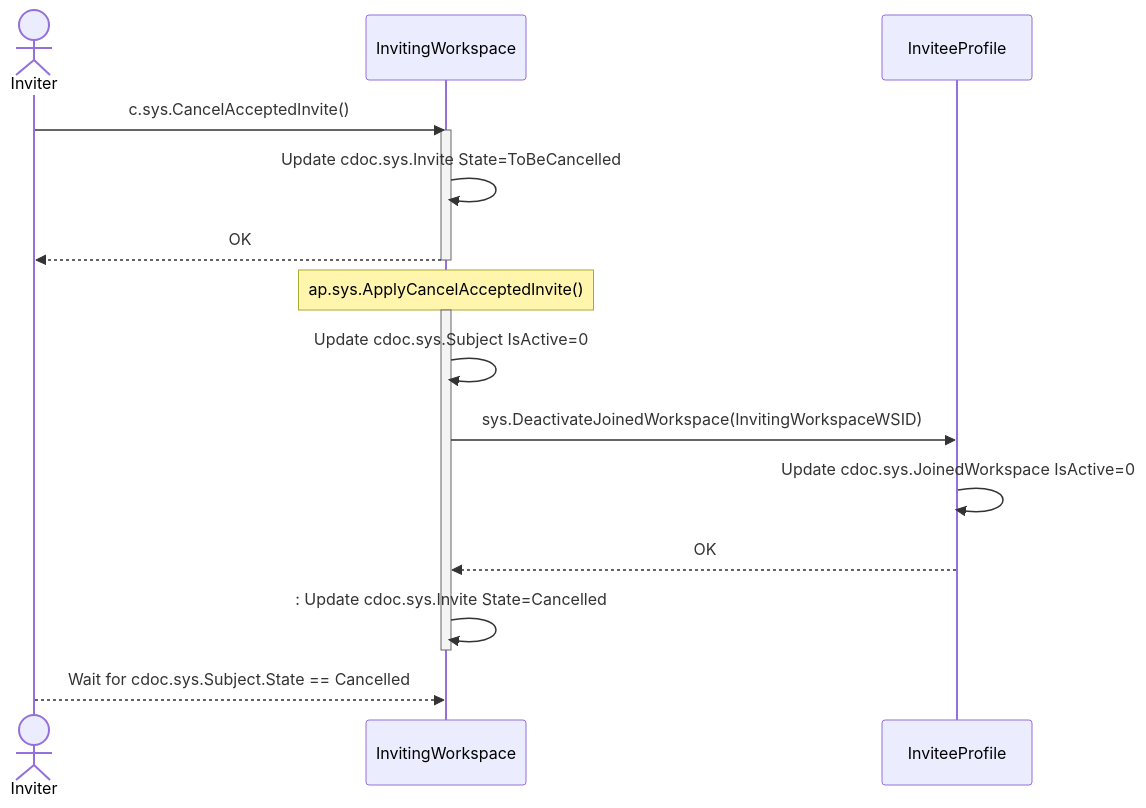
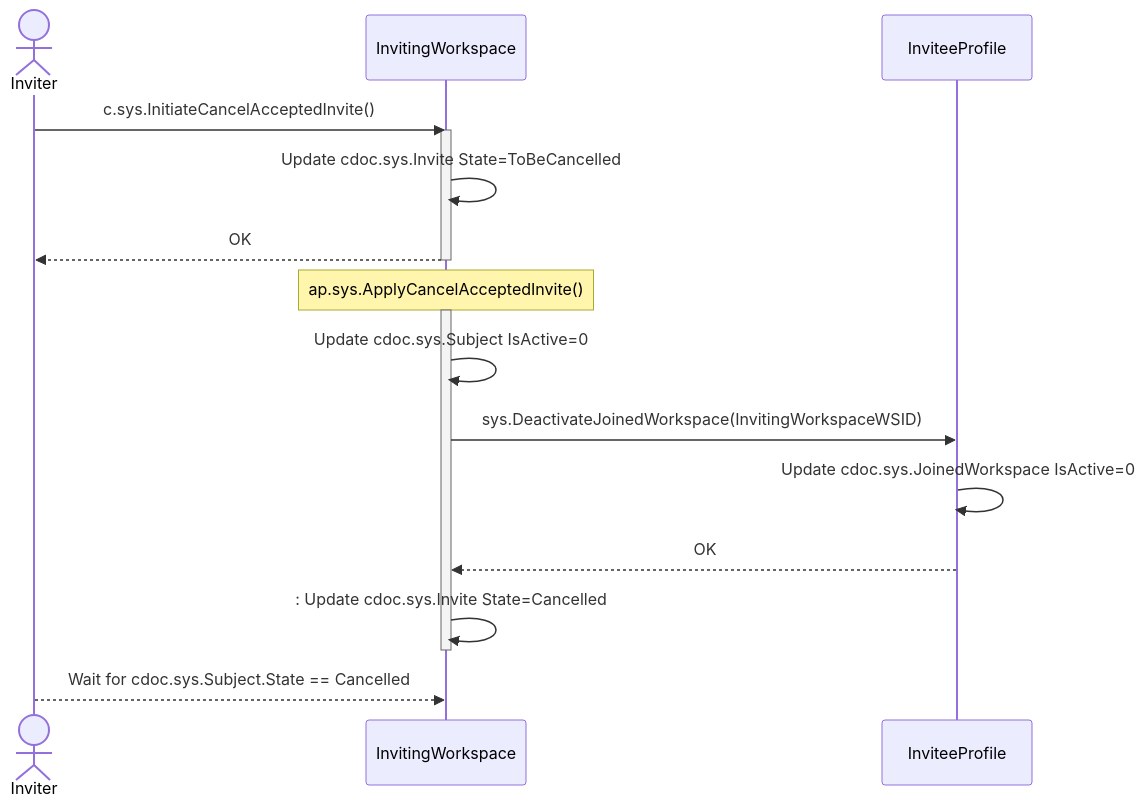
Before and after one commit to voedger/voedger: the sixth of 8 diagrams in design/workspaces/invites.md, drawn with Mermaid. The commit also changed 4 other files, not shown here.

````diff
--- a/design/workspaces/invites.md
+++ b/design/workspaces/invites.md
@@ -259,25 +259,25 @@
 ```mermaid
 sequenceDiagram
 
     actor inviter as Inviter
     participant workspace as InvitingWorkspace
     participant profilews as InviteeProfile
 
-    inviter ->> workspace: c.sys.CancelAcceptedInvite()
+    inviter ->> workspace: c.sys.InitiateCancelAcceptedInvite()
     activate workspace
         workspace ->> workspace: Update cdoc.sys.Invite State=ToBeCancelled
         workspace -->> inviter: OK
     deactivate workspace
 
     note over workspace: ap.sys.ApplyCancelAcceptedInvite()
     activate workspace
         workspace ->> workspace: Update cdoc.sys.Subject IsActive=0
         workspace ->> profilews: sys.DeactivateJoinedWorkspace(InvitingWorkspaceWSID)
         profilews ->> profilews: Update cdoc.sys.JoinedWorkspace IsActive=0
         profilews -->> workspace: OK
         workspace ->> workspace:: Update cdoc.sys.Invite State=Cancelled
     deactivate workspace
 
     inviter -->> workspace: Wait for  cdoc.sys.Subject.State == Cancelled
 
 ```
````
